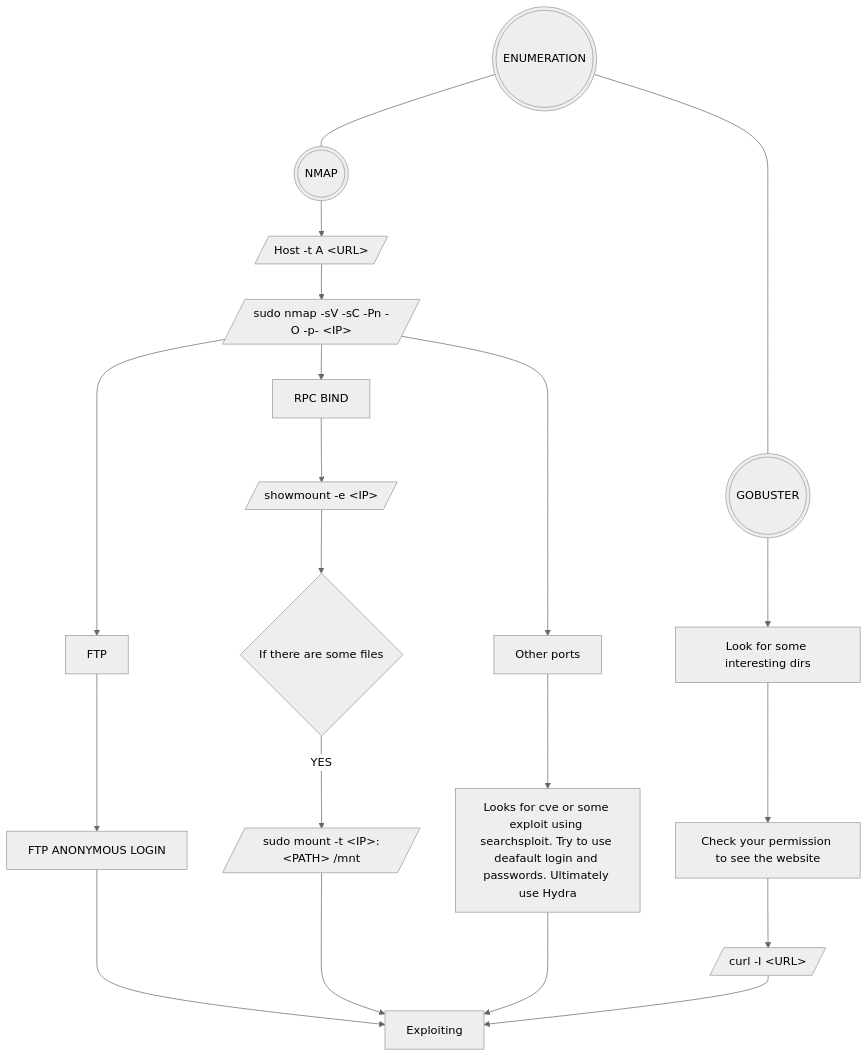
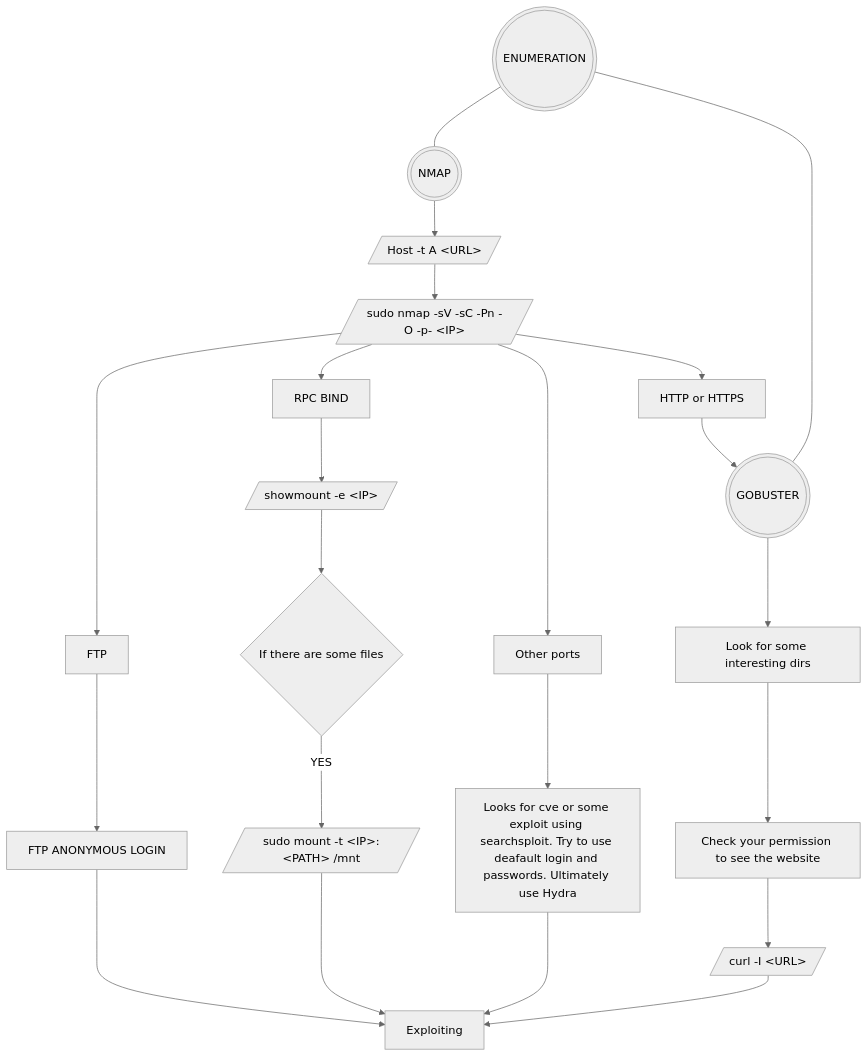
The diagram in README.md (Vondri/Web-Penetration-Testing-Algorithm), drawn with Mermaid (neutral theme) before and after one commit.

````diff
--- a/README.md
+++ b/README.md
@@ -16,33 +16,34 @@
 ```mermaid
 graph TD;
     enum(((ENUMERATION))) --- nmap(((NMAP))) & gobuster(((GOBUSTER))) 
     
     %% ----------------------------- NMAP -----------------------------
     
     nmap --> host[/"Host -t A &lt;URL&gt;"/] 
     host --> nmap_cmd[/"sudo nmap -sV -sC -Pn -O -p- &lt;IP&gt;"/]
-    nmap_cmd --> ftp[FTP] & rpcbind[RPC BIND] & nmap_other[Other ports]
+    nmap_cmd --> ftp[FTP] & rpcbind[RPC BIND] & nmap_other[Other ports] & http["HTTP or HTTPS"]
+    http --> gobuster
     ftp --> ftp_anon[FTP ANONYMOUS LOGIN]
     ftp_anon ---> exploit[Exploiting]
     
     rpcbind --> rpcbind_showmount[/"showmount -e &lt;IP&gt;"/]
     rpcbind_showmount --> rpc_bind_showmount_if{If there are some files}
     rpc_bind_showmount_if -- YES --> rpc_bind_showmount_if_yes[/"sudo mount #45;t &lt;IP&gt;:&lt;PATH&gt; #47;mnt"/]
     rpc_bind_showmount_if_yes ---> exploit
     
     nmap_other --> nmap_other_hint[Looks for cve or some exploit using searchsploit. Try to use deafault login and passwords. Ultimately use Hydra]
     nmap_other_hint ---> exploit
     
     %% ----------------------------- GOBUSTER -----------------------------
     
     gobuster --> gobuster_hint[Look for some interesting dirs]
     gobuster_hint --> curl_check[Check your permission to see the website]
     curl_check --> curl_cmd[/"curl -I &lt;URL&gt;"/]
     curl_cmd --> exploit
     
     
     
     click nmap href "https://nmap.org" _blank
     click gobuster href "https://github.com/OJ/gobuster" _blank
     click nmap_other_hint href "https://github.com/vanhauser-thc/thc-hydra" _blank
 ```
````
